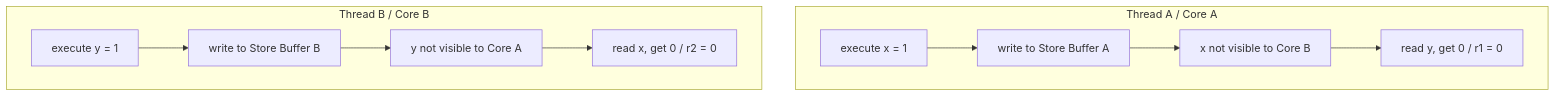
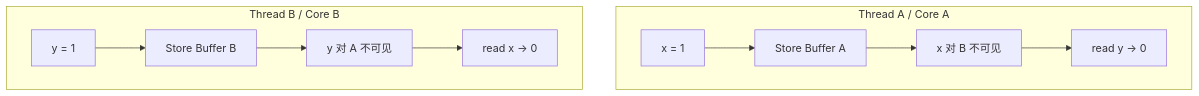
Before and after one commit to rebibabo/rebibabo.github.io: the fourth of 6 diagrams in source/_posts/concurrency/08-Java内存到底规定什么.md, drawn with Mermaid. The commit also changed 2 other files, not shown here.

Commit message:
vault backup: 2026-07-07 00:02:00

````diff
--- a/source/_posts/concurrency/08-Java内存到底规定什么.md
+++ b/source/_posts/concurrency/08-Java内存到底规定什么.md
@@ -252,13 +252,13 @@
 ```mermaid
 graph TD
-    subgraph Core_A[Thread A / Core A]
-        A1[execute x = 1] --> A2[write to Store Buffer A]
-        A2 --> A3[x not visible to Core B]
-        A3 --> A4[read y, get 0 / r1 = 0]
+    subgraph Core_A["Thread A / Core A"]
+        A1["x = 1"] --> A2["Store Buffer A"]
+        A2 --> A3["x 对 B 不可见"]
+        A3 --> A4["read y → 0"]
     end
-    subgraph Core_B[Thread B / Core B]
-        B1[execute y = 1] --> B2[write to Store Buffer B]
-        B2 --> B3[y not visible to Core A]
-        B3 --> B4[read x, get 0 / r2 = 0]
+    subgraph Core_B["Thread B / Core B"]
+        B1["y = 1"] --> B2["Store Buffer B"]
+        B2 --> B3["y 对 A 不可见"]
+        B3 --> B4["read x → 0"]
     end
 ```
````
